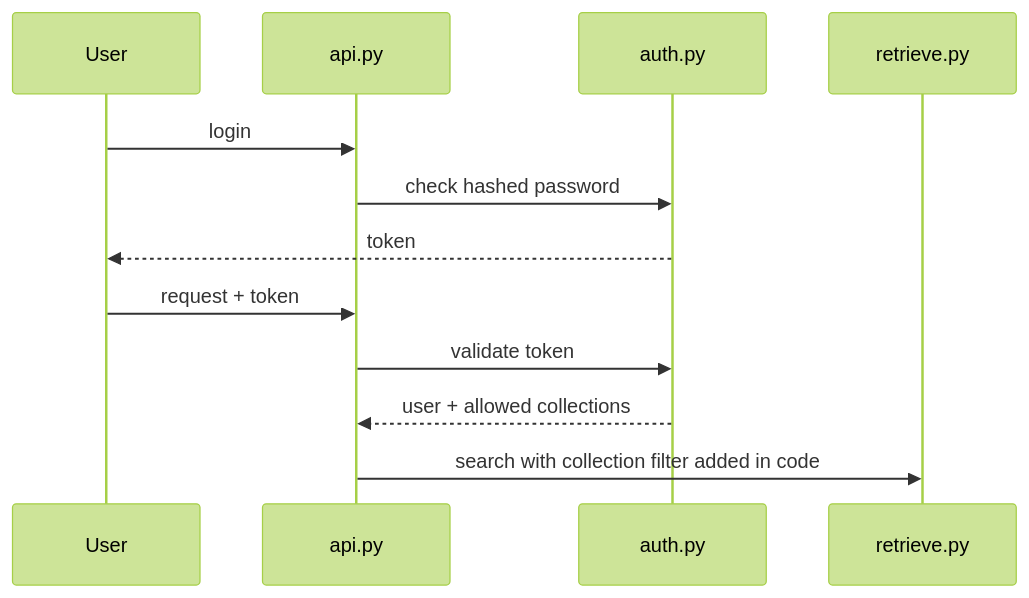
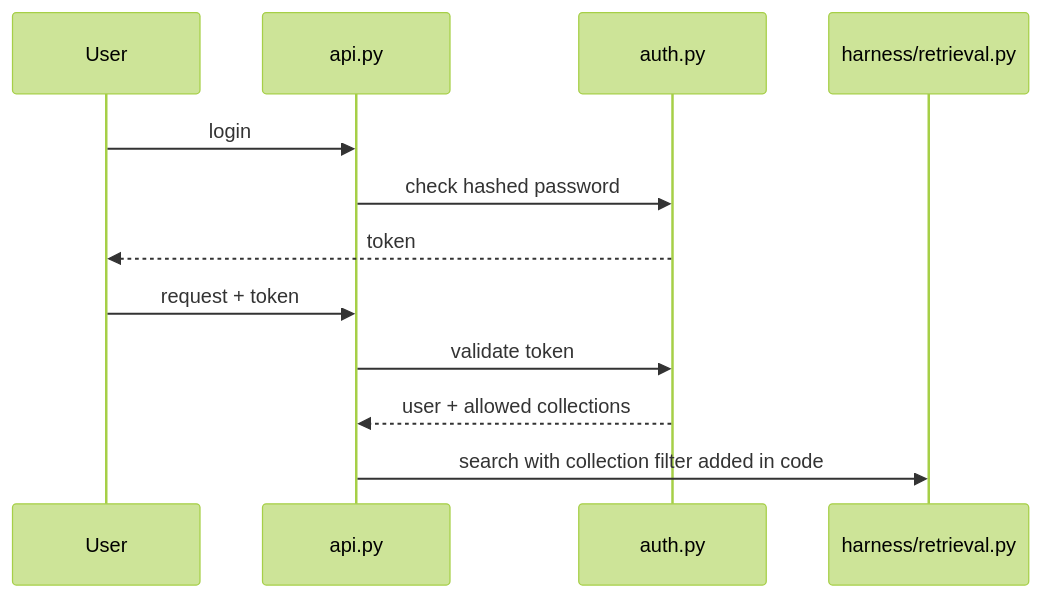
The diagram in docs/07-security/authentication-and-authorization.md (mdu-ai-lab/multiagent-ai-lab), drawn with Mermaid (forest theme) before and after one commit. The commit also changed other lines of this file and 23 other files, not shown here.

Commit message:
Plan the agent harness as one package with one streaming entry point for context, retrieval, memory, tools, the agent loop, limits, guards and answer checks

````diff
--- a/docs/07-security/authentication-and-authorization.md
+++ b/docs/07-security/authentication-and-authorization.md
@@ -15,14 +15,14 @@
 ```mermaid
 sequenceDiagram
   participant U as User
   participant A as api.py
   participant H as auth.py
-  participant R as retrieve.py
+  participant R as harness/retrieval.py
   U->>A: login
   A->>H: check hashed password
   H-->>U: token
   U->>A: request + token
   A->>H: validate token
   H-->>A: user + allowed collections
   A->>R: search with collection filter added in code
 ```
````
